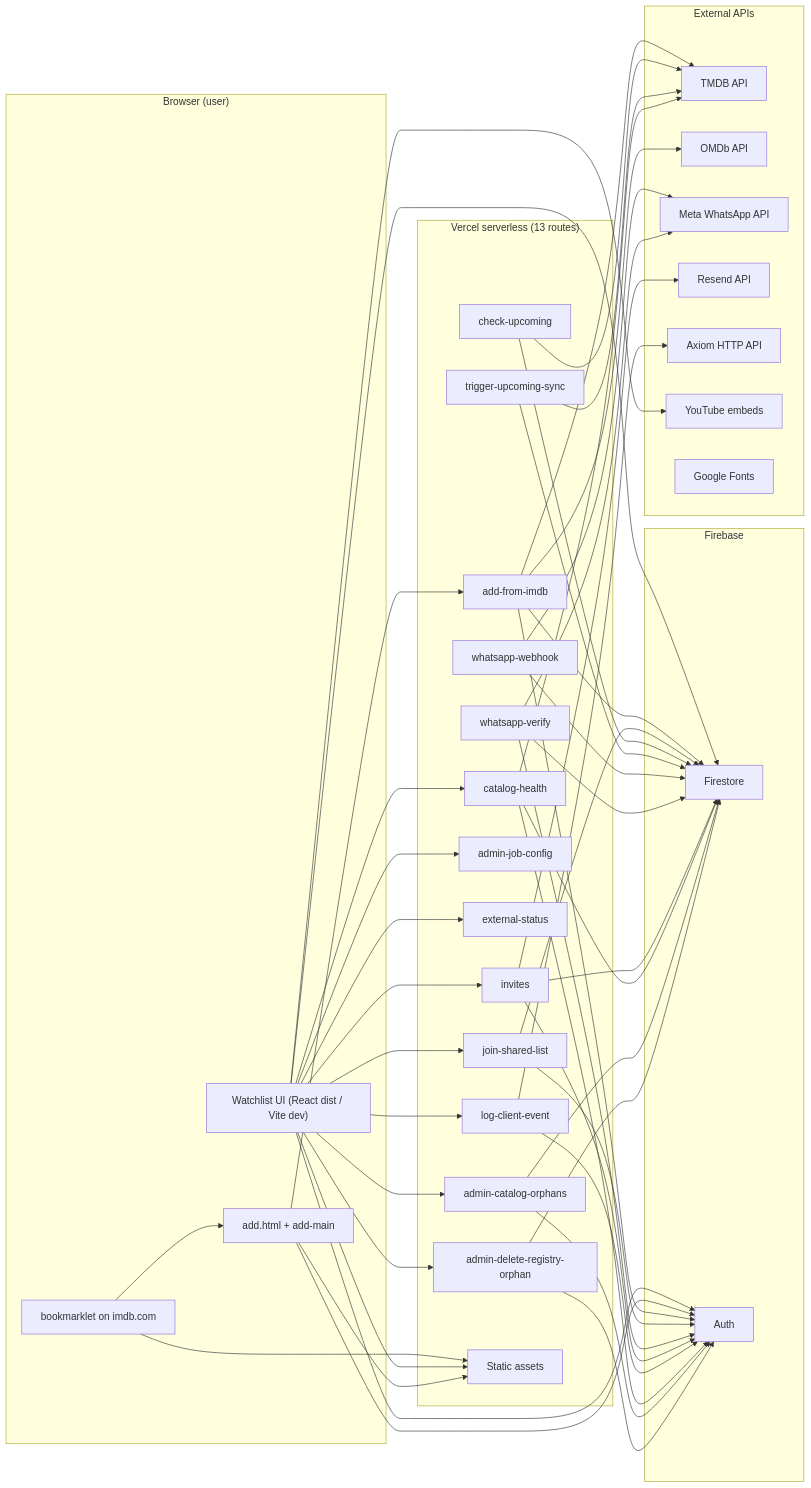
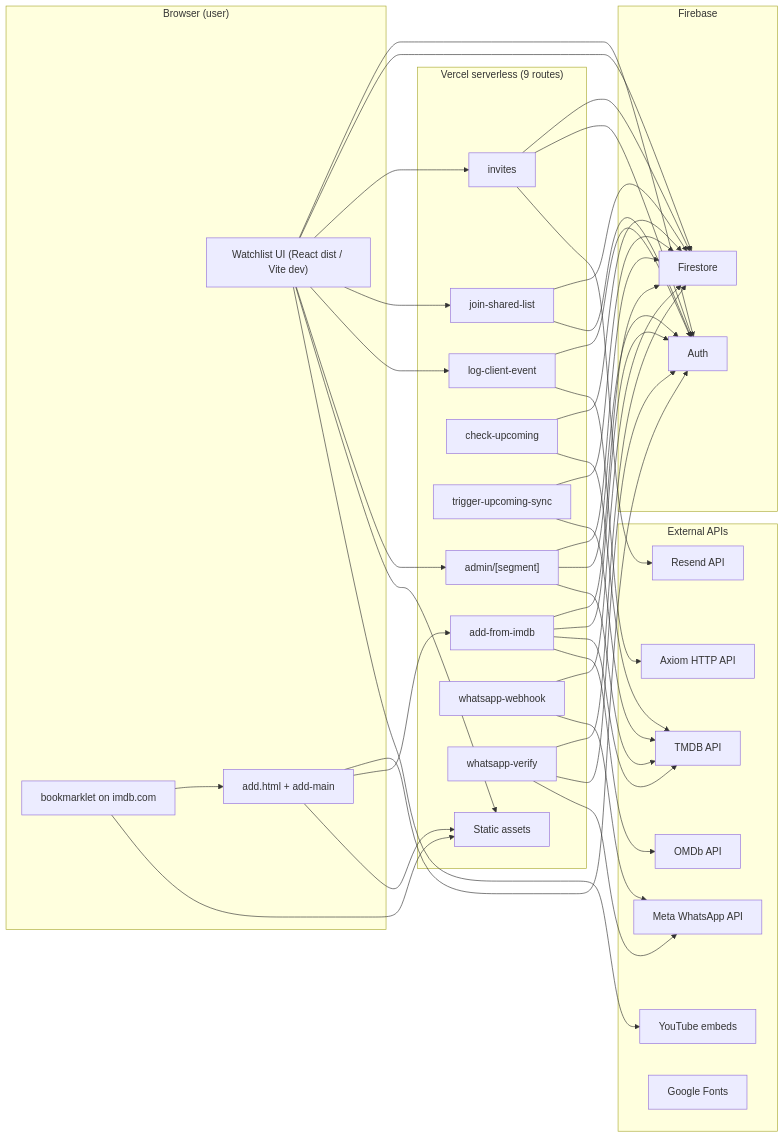
Before and after one commit to maulbogat/watchlist-app: the first of 5 diagrams in system-design.md, drawn with Mermaid. The commit also changed other lines of this file and 15 other files, not shown here.

First line of the commit message:
Consolidate admin API into api/admin/[segment].js

````diff
--- a/system-design.md
+++ b/system-design.md
@@ -469,18 +466,14 @@
     BM["bookmarklet on imdb.com"]
   end
 
-  subgraph VercelAPI["Vercel serverless (13 routes)"]
+  subgraph VercelAPI["Vercel serverless (9 routes)"]
     API_ADD["add-from-imdb"]
     API_JOIN["join-shared-list"]
     API_INV["invites"]
     API_CRON["check-upcoming"]
     API_TRIG["trigger-upcoming-sync"]
     API_LOG["log-client-event"]
-    API_JOB["admin-job-config"]
-    API_EXT["external-status"]
-    API_CAT["catalog-health"]
-    API_ORPH["admin-catalog-orphans"]
-    API_DEL_ORPH["admin-delete-registry-orphan"]
+    API_ADMIN["admin/[segment]"]
     API_WA_HOOK["whatsapp-webhook"]
     API_WA_VER["whatsapp-verify"]
     Static["Static assets"]
@@ -506,11 +499,7 @@
   SPA --> API_INV
   SPA --> API_JOIN
   SPA --> API_LOG
-  SPA --> API_JOB
-  SPA --> API_EXT
-  SPA --> API_CAT
-  SPA --> API_ORPH
-  SPA --> API_DEL_ORPH
+  SPA --> API_ADMIN
   ADD --> FA
   ADD --> API_ADD
   BM --> ADD
@@ -538,13 +527,9 @@
   API_INV --> RS
   API_LOG --> FA
   API_LOG --> AX
-  API_CAT --> FS
-  API_CAT --> FA
-  API_CAT --> TMDB
-  API_ORPH --> FS
-  API_ORPH --> FA
-  API_DEL_ORPH --> FS
-  API_DEL_ORPH --> FA
+  API_ADMIN --> FS
+  API_ADMIN --> FA
+  API_ADMIN --> TMDB
 
   SPA --> YT
 ```
````
